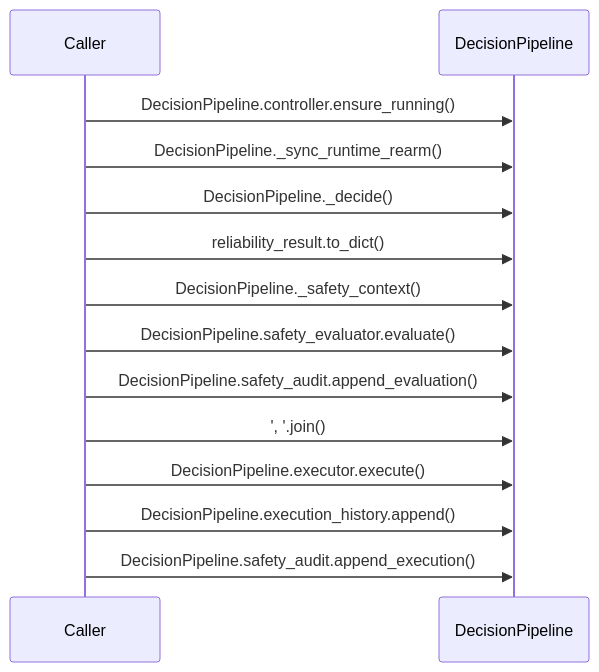
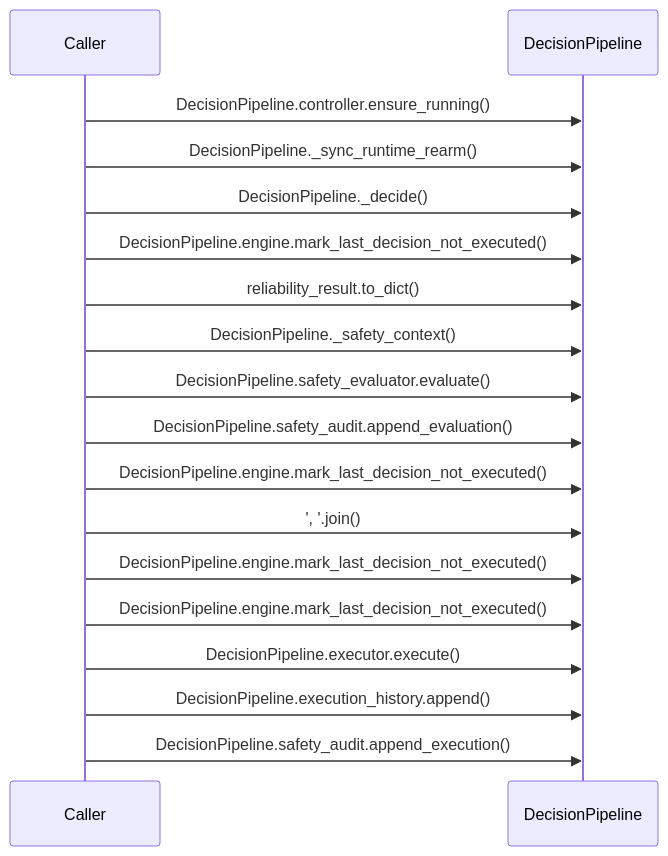
The diagram in doc/sequence_diagram.mmd (tomiya7688/AI_game_player), drawn with Mermaid before and after one commit. The commit also changed 13 other files, not shown here.

```diff
--- a/doc/sequence_diagram.mmd
+++ b/doc/sequence_diagram.mmd
@@ -1,14 +1,18 @@
 sequenceDiagram
     participant caller as Caller
     participant target as DecisionPipeline
     caller->>target: DecisionPipeline.controller.ensure_running()
     caller->>target: DecisionPipeline._sync_runtime_rearm()
     caller->>target: DecisionPipeline._decide()
+    caller->>target: DecisionPipeline.engine.mark_last_decision_not_executed()
     caller->>target: reliability_result.to_dict()
     caller->>target: DecisionPipeline._safety_context()
     caller->>target: DecisionPipeline.safety_evaluator.evaluate()
     caller->>target: DecisionPipeline.safety_audit.append_evaluation()
+    caller->>target: DecisionPipeline.engine.mark_last_decision_not_executed()
     caller->>target: ', '.join()
+    caller->>target: DecisionPipeline.engine.mark_last_decision_not_executed()
+    caller->>target: DecisionPipeline.engine.mark_last_decision_not_executed()
     caller->>target: DecisionPipeline.executor.execute()
     caller->>target: DecisionPipeline.execution_history.append()
     caller->>target: DecisionPipeline.safety_audit.append_execution()
```
